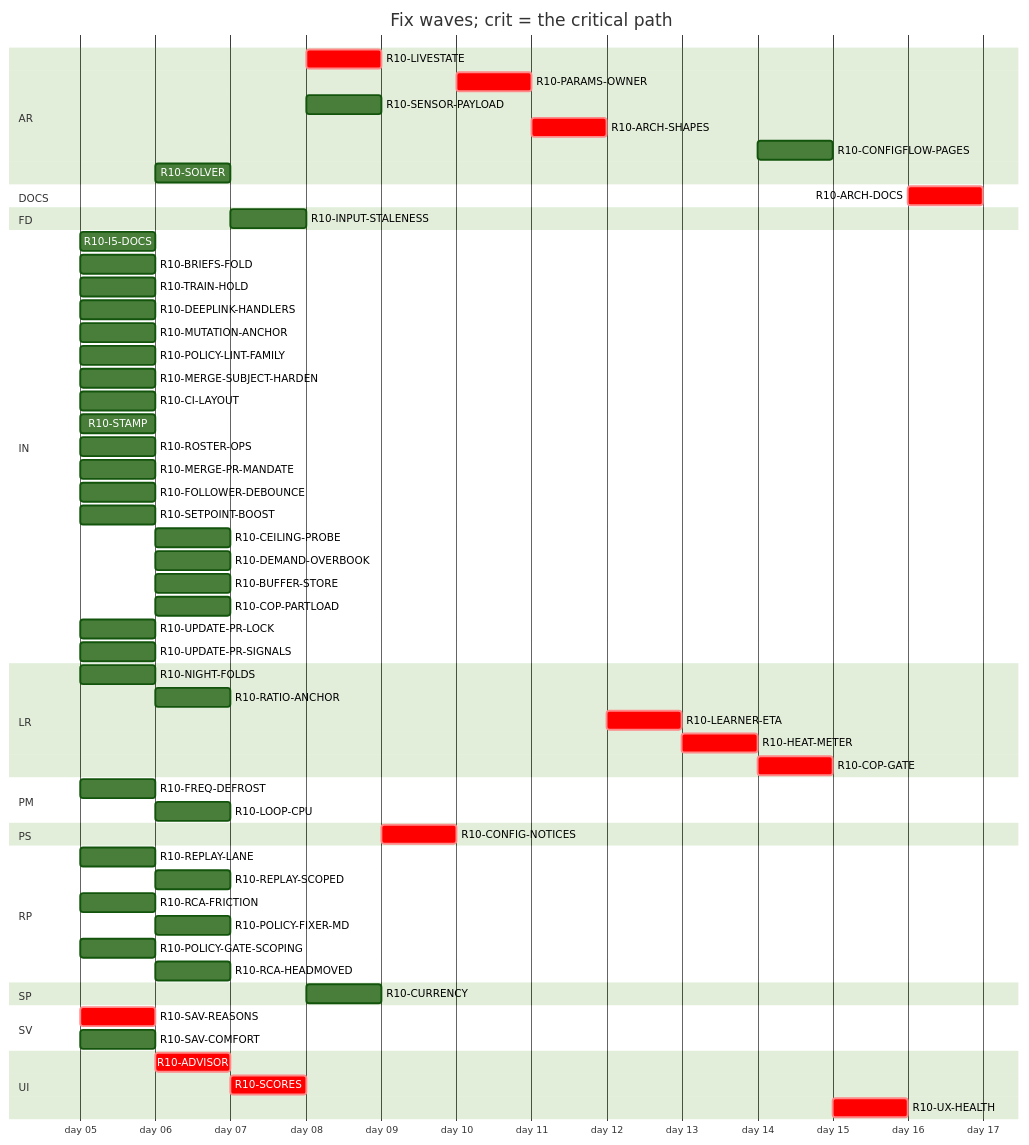
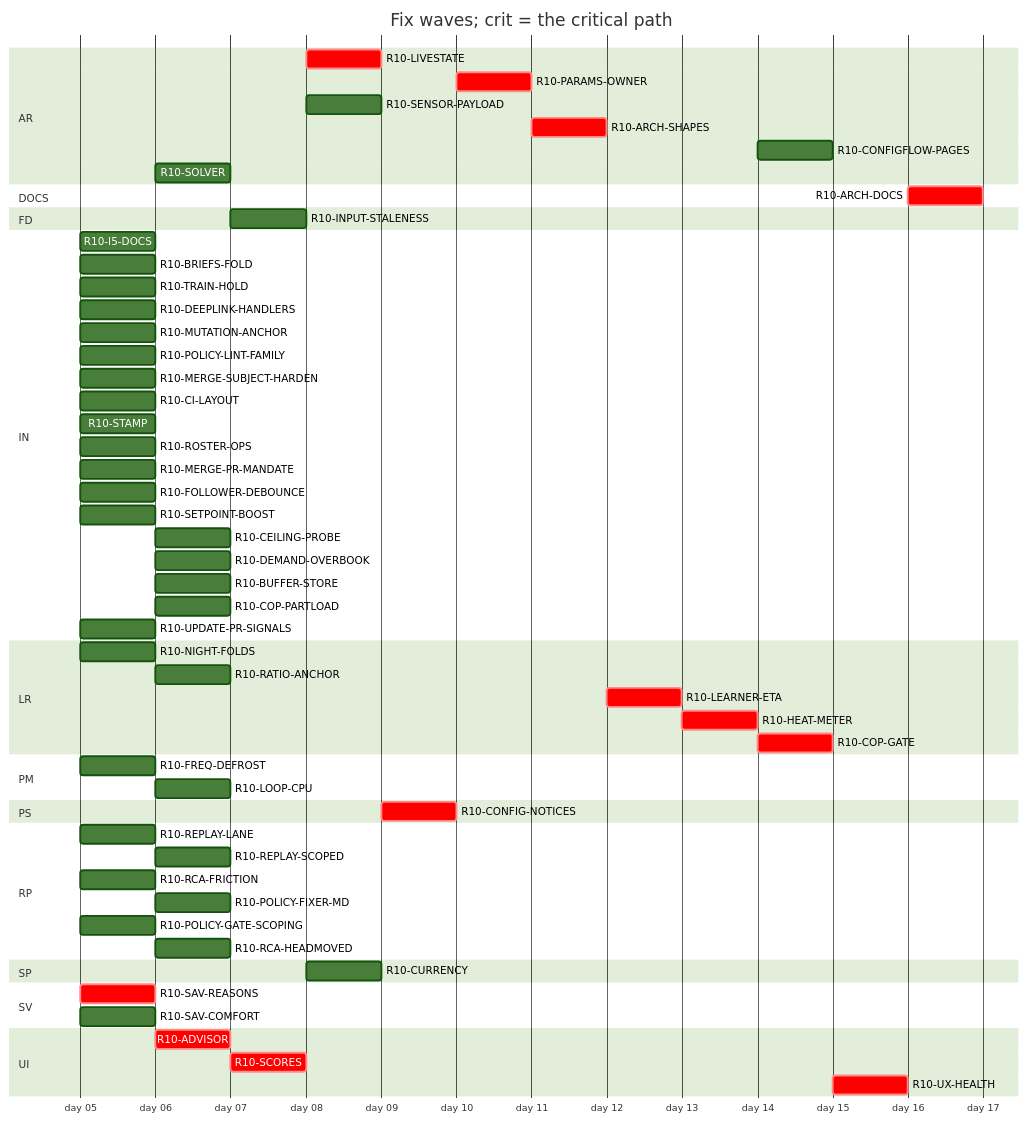
Before and after one commit to tvofi/heatpump_optimizer: the diagram in handoff/round10/state/PLAN-TABLE.md, drawn with Mermaid (forest theme). The commit also changed other lines of this file and 2 other files, not shown here.

````diff
--- a/handoff/round10/state/PLAN-TABLE.md
+++ b/handoff/round10/state/PLAN-TABLE.md
@@ -24,64 +24,63 @@
 ```mermaid
 gantt
   title Fix waves; crit = the critical path
   dateFormat YYYY-MM-DD
   axisFormat day %d
   section AR
     R10-LIVESTATE :crit, r10LIVESTATE, after r10SCORES, 1d
     R10-PARAMS-OWNER :crit, r10PARAMSOWNER, after r10CONFIGNOTICES, 1d
     R10-SENSOR-PAYLOAD :r10SENSORPAYLOAD, after r10SCORES, 1d
     R10-ARCH-SHAPES :crit, r10ARCHSHAPES, after r10PARAMSOWNER r10SENSORPAYLOAD r10FREQDEFROST, 1d
     R10-CONFIGFLOW-PAGES :r10CONFIGFLOWPAGES, after r10HEATMETER, 1d
     R10-SOLVER :r10SOLVER, after r10SAVREASONS, 1d
   section DOCS
     R10-ARCH-DOCS :crit, r10ARCHDOCS, after r10NIGHTFOLDS r10RATIOANCHOR r10INPUTSTALENESS r10CURRENCY r10FREQDEFROST r10LOOPCPU r10SAVREASONS r10ADVISOR r10SCORES r10LIVESTATE r10CONFIGNOTICES r10PARAMSOWNER r10SENSORPAYLOAD r10ARCHSHAPES r10LEARNERETA r10HEATMETER r10COPGATE r10UXHEALTH r10CONFIGFLOWPAGES r10SOLVER r10I5DOCS r10BRIEFSFOLD r10REPLAYLANE r10REPLAYSCOPED r10TRAINHOLD r10DEEPLINKHANDLERS, 1d
   section FD
     R10-INPUT-STALENESS :r10INPUTSTALENESS, after r10RATIOANCHOR, 1d
   section IN
     R10-I5-DOCS :r10I5DOCS, 2026-01-05, 1d
     R10-BRIEFS-FOLD :r10BRIEFSFOLD, 2026-01-05, 1d
     R10-TRAIN-HOLD :r10TRAINHOLD, 2026-01-05, 1d
     R10-DEEPLINK-HANDLERS :r10DEEPLINKHANDLERS, 2026-01-05, 1d
     R10-MUTATION-ANCHOR :r10MUTATIONANCHOR, 2026-01-05, 1d
     R10-POLICY-LINT-FAMILY :r10POLICYLINTFAMILY, 2026-01-05, 1d
     R10-MERGE-SUBJECT-HARDEN :r10MERGESUBJECTHARDEN, 2026-01-05, 1d
     R10-CI-LAYOUT :r10CILAYOUT, 2026-01-05, 1d
     R10-STAMP :r10STAMP, 2026-01-05, 1d
     R10-ROSTER-OPS :r10ROSTEROPS, 2026-01-05, 1d
     R10-MERGE-PR-MANDATE :r10MERGEPRMANDATE, 2026-01-05, 1d
     R10-FOLLOWER-DEBOUNCE :r10FOLLOWERDEBOUNCE, 2026-01-05, 1d
     R10-SETPOINT-BOOST :r10SETPOINTBOOST, 2026-01-05, 1d
     R10-CEILING-PROBE :r10CEILINGPROBE, after r10SETPOINTBOOST r10CILAYOUT r10NIGHTFOLDS, 1d
     R10-DEMAND-OVERBOOK :r10DEMANDOVERBOOK, after r10SETPOINTBOOST, 1d
     R10-BUFFER-STORE :r10BUFFERSTORE, after r10SETPOINTBOOST, 1d
     R10-COP-PARTLOAD :r10COPPARTLOAD, after r10SETPOINTBOOST, 1d
-    R10-UPDATE-PR-LOCK :r10UPDATEPRLOCK, 2026-01-05, 1d
     R10-UPDATE-PR-SIGNALS :r10UPDATEPRSIGNALS, 2026-01-05, 1d
   section LR
     R10-NIGHT-FOLDS :r10NIGHTFOLDS, 2026-01-05, 1d
     R10-RATIO-ANCHOR :r10RATIOANCHOR, after r10NIGHTFOLDS, 1d
     R10-LEARNER-ETA :crit, r10LEARNERETA, after r10ARCHSHAPES, 1d
     R10-HEAT-METER :crit, r10HEATMETER, after r10LEARNERETA r10INPUTSTALENESS r10RATIOANCHOR, 1d
     R10-COP-GATE :crit, r10COPGATE, after r10HEATMETER r10SENSORPAYLOAD, 1d
   section PM
     R10-FREQ-DEFROST :r10FREQDEFROST, 2026-01-05, 1d
     R10-LOOP-CPU :r10LOOPCPU, after r10FREQDEFROST, 1d
   section PS
     R10-CONFIG-NOTICES :crit, r10CONFIGNOTICES, after r10LIVESTATE, 1d
   section RP
     R10-REPLAY-LANE :r10REPLAYLANE, 2026-01-05, 1d
     R10-REPLAY-SCOPED :r10REPLAYSCOPED, after r10REPLAYLANE r10TRAINHOLD, 1d
     R10-RCA-FRICTION :r10RCAFRICTION, 2026-01-05, 1d
     R10-POLICY-FIXER-MD :r10POLICYFIXERMD, after r10RCAFRICTION r10BRIEFSFOLD, 1d
     R10-POLICY-GATE-SCOPING :r10POLICYGATESCOPING, 2026-01-05, 1d
     R10-RCA-HEADMOVED :r10RCAHEADMOVED, after r10RCAFRICTION, 1d
   section SP
     R10-CURRENCY :r10CURRENCY, after r10INPUTSTALENESS, 1d
   section SV
     R10-SAV-REASONS :crit, r10SAVREASONS, 2026-01-05, 1d
     R10-SAV-COMFORT :r10SAVCOMFORT, 2026-01-05, 1d
   section UI
     R10-ADVISOR :crit, r10ADVISOR, after r10SAVREASONS, 1d
     R10-SCORES :crit, r10SCORES, after r10ADVISOR, 1d
     R10-UX-HEALTH :crit, r10UXHEALTH, after r10SCORES r10COPGATE r10HEATMETER, 1d
 ```
````
